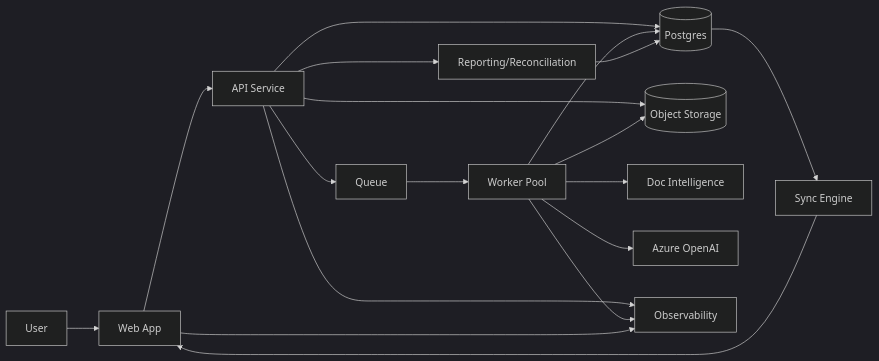
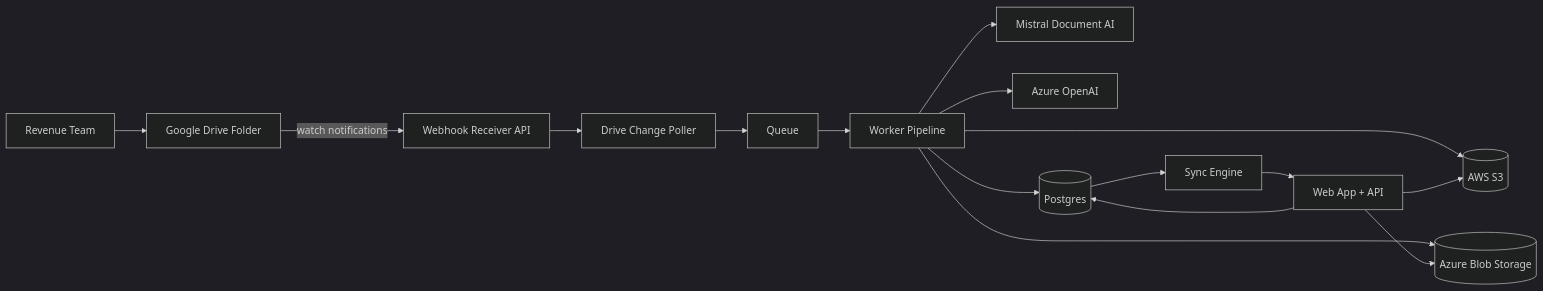
Before and after one commit to joseph-grospe/taxgenie-hackathon: the diagram in docs/ARCHITECTURE.md, drawn with Mermaid (dark theme). The commit also changed other lines of this file and 7 other files, not shown here.

````diff
--- a/docs/ARCHITECTURE.md
+++ b/docs/ARCHITECTURE.md
@@ -15,21 +22,21 @@
 ```mermaid
 flowchart LR
-    U[User] --> W[Web App]
-    W --> A[API Service]
-    A --> DB[(Postgres)]
-    DB --> SYNC[Sync Engine]
-    SYNC --> W
-    A --> OBJ[(Object Storage)]
-    A --> Q[Queue]
-    Q --> WK[Worker Pool]
-    WK --> DI[Doc Intelligence]
+    RT[Revenue Team] --> GD[Google Drive Folder]
+    GD -->|watch notifications| WH[Webhook Receiver API]
+    WH --> CK[Drive Change Poller]
+    CK --> Q[Queue]
+
+    Q --> WK[Worker Pipeline]
+    WK --> OCR[Mistral Document AI]
     WK --> LLM[Azure OpenAI]
-    WK --> DB
-    WK --> OBJ
-    A --> RPT[Reporting/Reconciliation]
-    RPT --> DB
 
-    A --> OBS[Observability]
-    WK --> OBS
-    W --> OBS
+    WK --> DB[(Postgres)]
+    WK --> S3[(AWS S3)]
+    WK --> AZ[(Azure Blob Storage)]
+
+    APP[Web App + API] --> DB
+    APP --> S3
+    APP --> AZ
+    DB --> SY[Sync Engine]
+    SY --> APP
 ```
````
